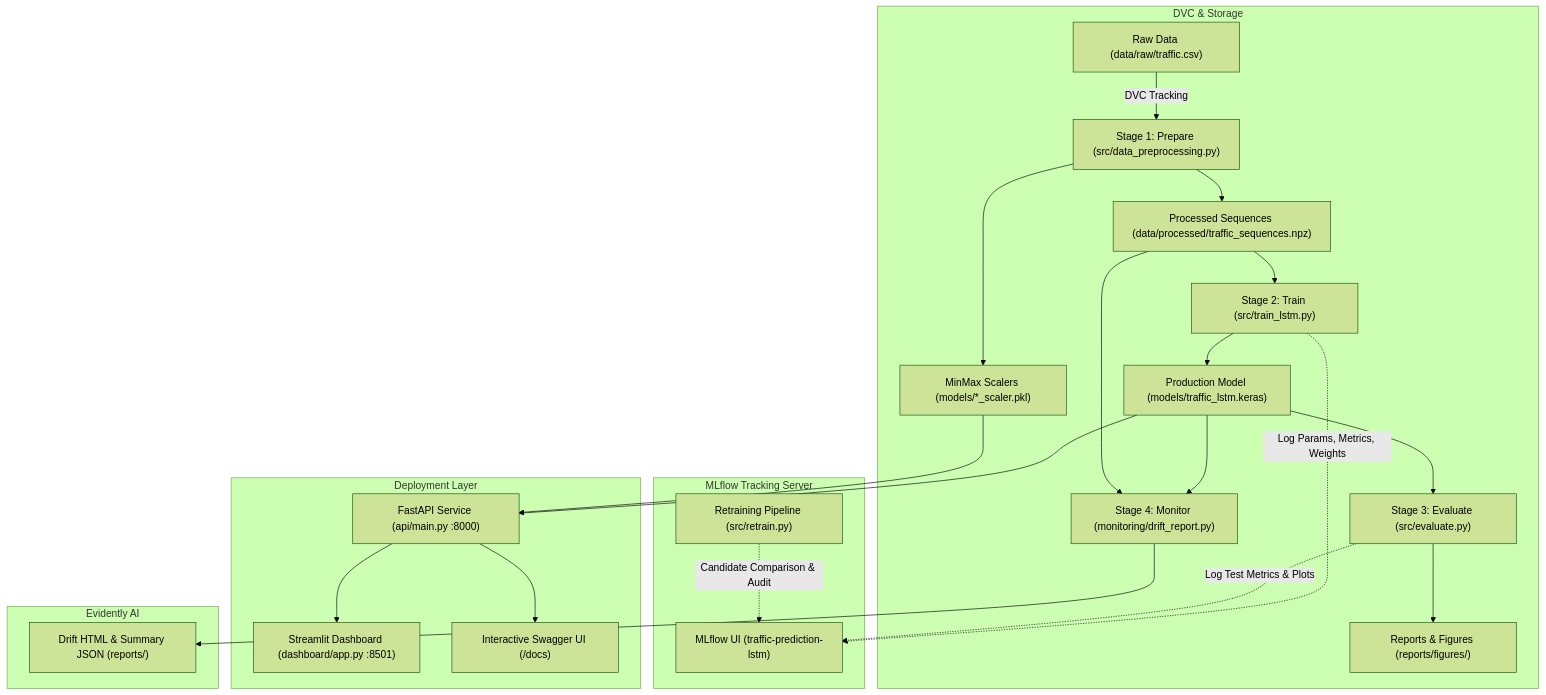
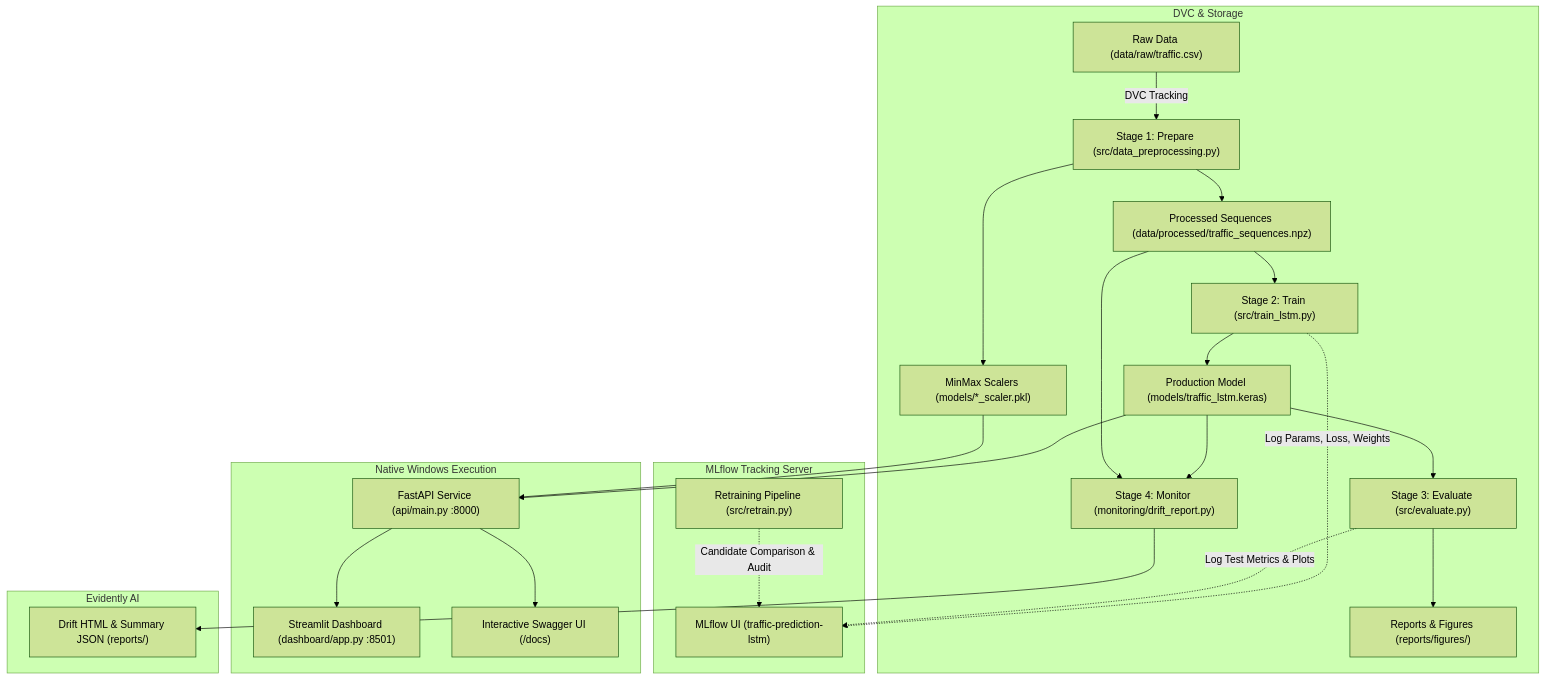
The diagram in README.md (shanker566/AI-Based-Traffic-Prediction-System-with-MLOps), drawn with Mermaid (forest theme) before and after one commit. The commit also changed other lines of this file and 10 other files, not shown here.

Commit message:
feat(phase-2): complete native Windows execution, remove Docker, verify endpoints and metrics discrepancy

````diff
--- a/README.md
+++ b/README.md
@@ -36,31 +38,31 @@
 ```mermaid
 flowchart TD
     subgraph Data & Pipeline Versioning [DVC & Storage]
         Raw["Raw Data (data/raw/traffic.csv)"] -->|DVC Tracking| Prep["Stage 1: Prepare (src/data_preprocessing.py)"]
         Prep --> Processed["Processed Sequences (data/processed/traffic_sequences.npz)"]
         Prep --> Scalers["MinMax Scalers (models/*_scaler.pkl)"]
         Processed --> Train["Stage 2: Train (src/train_lstm.py)"]
         Train --> Model["Production Model (models/traffic_lstm.keras)"]
         Model --> Eval["Stage 3: Evaluate (src/evaluate.py)"]
         Eval --> Figures["Reports & Figures (reports/figures/)"]
         Model --> Monitor["Stage 4: Monitor (monitoring/drift_report.py)"]
     end
 
     subgraph Experiment Tracking [MLflow Tracking Server]
-        Train -.->|Log Params, Metrics, Weights| MLflow["MLflow UI (traffic-prediction-lstm)"]
+        Train -.->|Log Params, Loss, Weights| MLflow["MLflow UI (traffic-prediction-lstm)"]
         Eval -.->|Log Test Metrics & Plots| MLflow
         Retrain["Retraining Pipeline (src/retrain.py)"] -.->|Candidate Comparison & Audit| MLflow
     end
 
-    subgraph Model Serving & Consumption [Deployment Layer]
+    subgraph Model Serving & Consumption [Native Windows Execution]
         Model --> API["FastAPI Service (api/main.py :8000)"]
         Scalers --> API
         API --> Dashboard["Streamlit Dashboard (dashboard/app.py :8501)"]
         API --> Swagger["Interactive Swagger UI (/docs)"]
     end
 
     subgraph Monitoring & Governance [Evidently AI]
         Processed --> Monitor
         Monitor --> DriftReport["Drift HTML & Summary JSON (reports/)"]
     end
 ```
````
